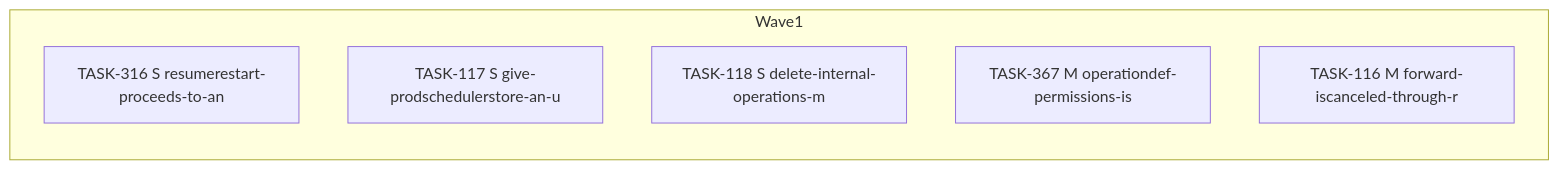
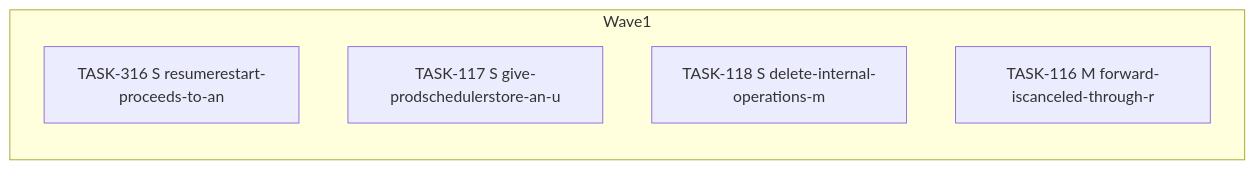
One commit to falkcorp/audiobook-organizer changed the diagram in docs/agent-tasks/todo-completion-2026-09/operations/orchestration.md. Above: the diagram before and after it, drawn with Mermaid. The commit also changed other lines of this file and 118 other files, not shown here.

````diff
--- a/docs/agent-tasks/todo-completion-2026-09/operations/orchestration.md
+++ b/docs/agent-tasks/todo-completion-2026-09/operations/orchestration.md
@@ -10,10 +10,9 @@
 ```mermaid
 flowchart LR
     subgraph Wave1
       TASK316[TASK-316 S resumerestart-proceeds-to-an]
       TASK117[TASK-117 S give-prodschedulerstore-an-u]
       TASK118[TASK-118 S delete-internal-operations-m]
-      TASK367[TASK-367 M operationdef-permissions-is]
       TASK116[TASK-116 M forward-iscanceled-through-r]
     end
 ```
````
